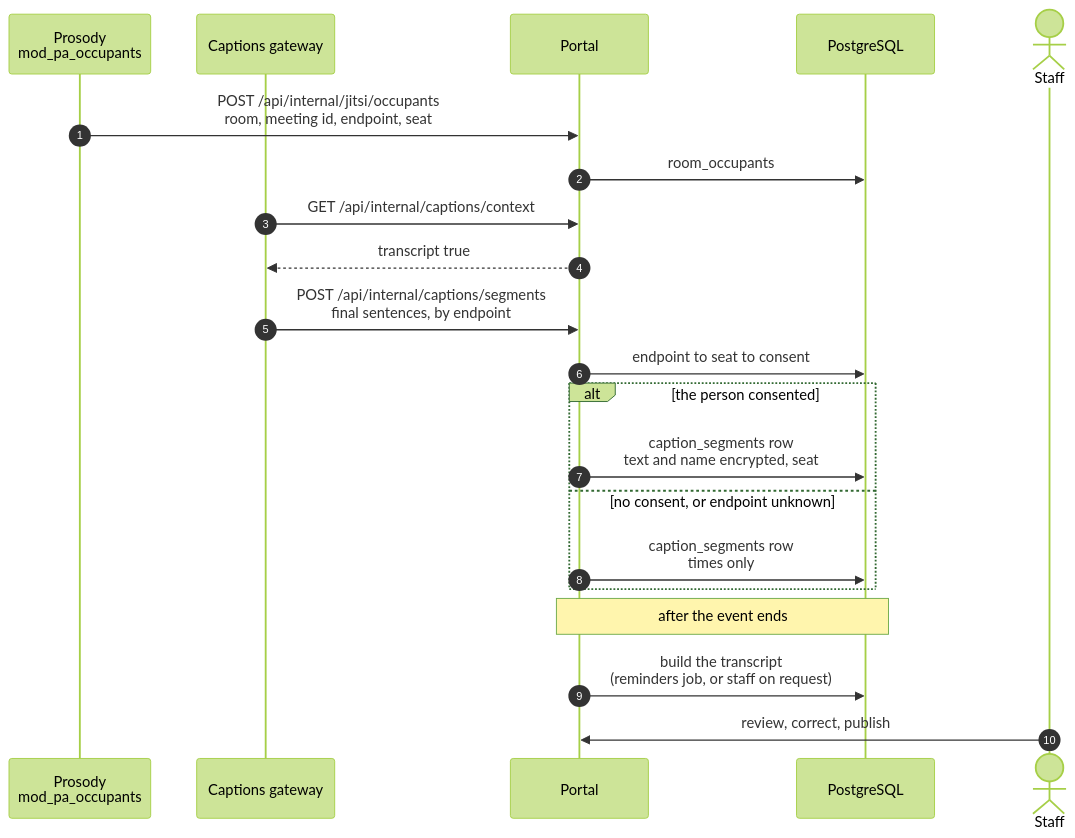
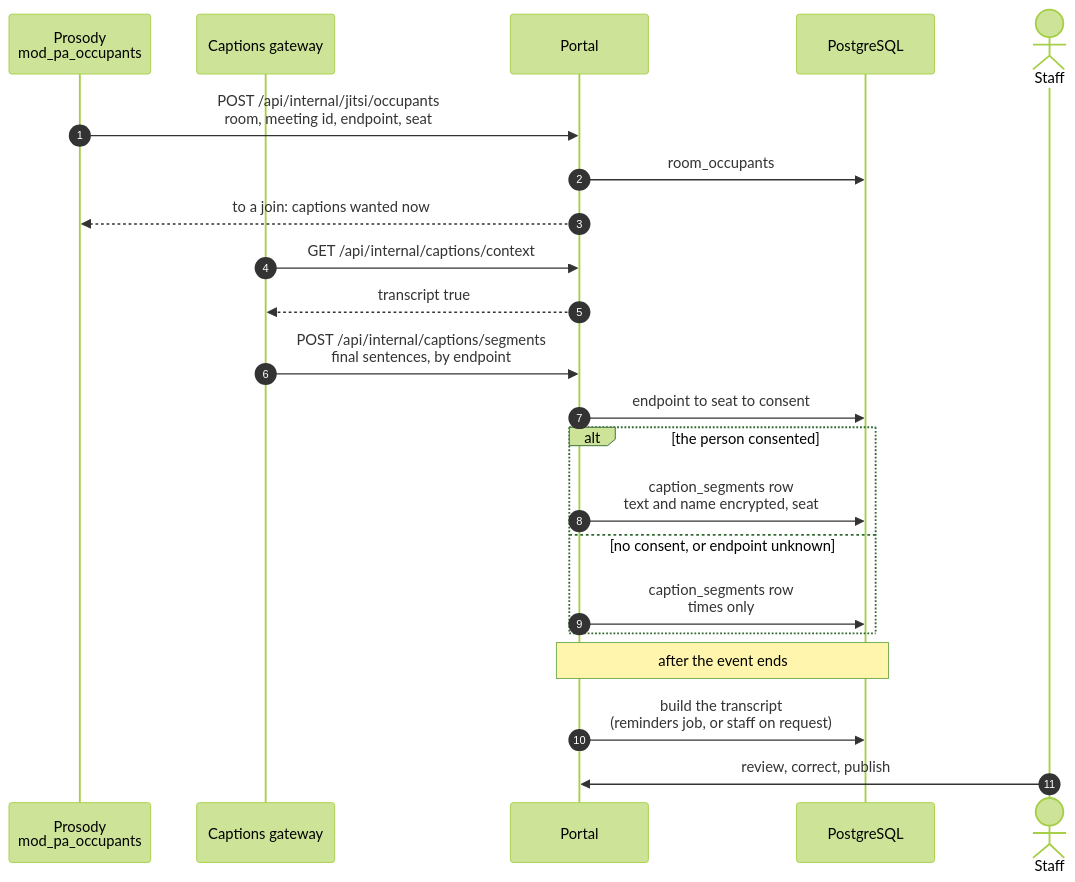
The second of 2 diagrams in docs/architecture/live-captions.md (italia/pa-webinar), drawn with Mermaid (forest theme) before and after one commit. The commit also changed other lines of this file and 17 other files, not shown here.

````diff
--- a/docs/architecture/live-captions.md
+++ b/docs/architecture/live-captions.md
@@ -100,24 +101,25 @@
 ```mermaid
 sequenceDiagram
   autonumber
   participant P as Prosody<br/>mod_pa_occupants
   participant GW as Captions gateway
   participant APP as Portal
   participant DB as PostgreSQL
   actor S as Staff
 
   P->>APP: POST /api/internal/jitsi/occupants<br/>room, meeting id, endpoint, seat
   APP->>DB: room_occupants
+  APP-->>P: to a join: captions wanted now
   GW->>APP: GET /api/internal/captions/context
   APP-->>GW: transcript true
   GW->>APP: POST /api/internal/captions/segments<br/>final sentences, by endpoint
   APP->>DB: endpoint to seat to consent
   alt the person consented
     APP->>DB: caption_segments row<br/>text and name encrypted, seat
   else no consent, or endpoint unknown
     APP->>DB: caption_segments row<br/>times only
   end
   Note over APP,DB: after the event ends
   APP->>DB: build the transcript<br/>(reminders job, or staff on request)
   S->>APP: review, correct, publish
 ```
````
